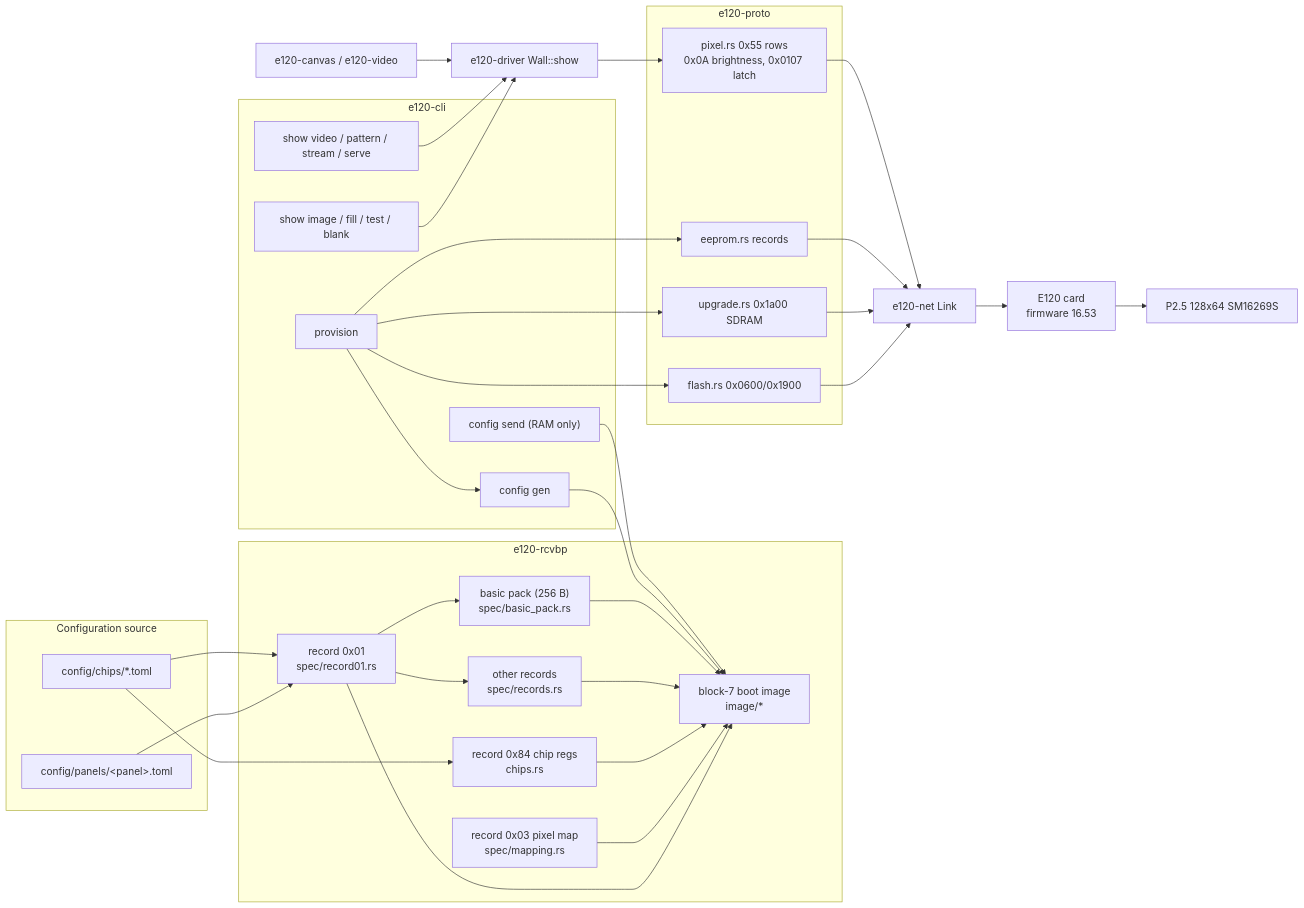
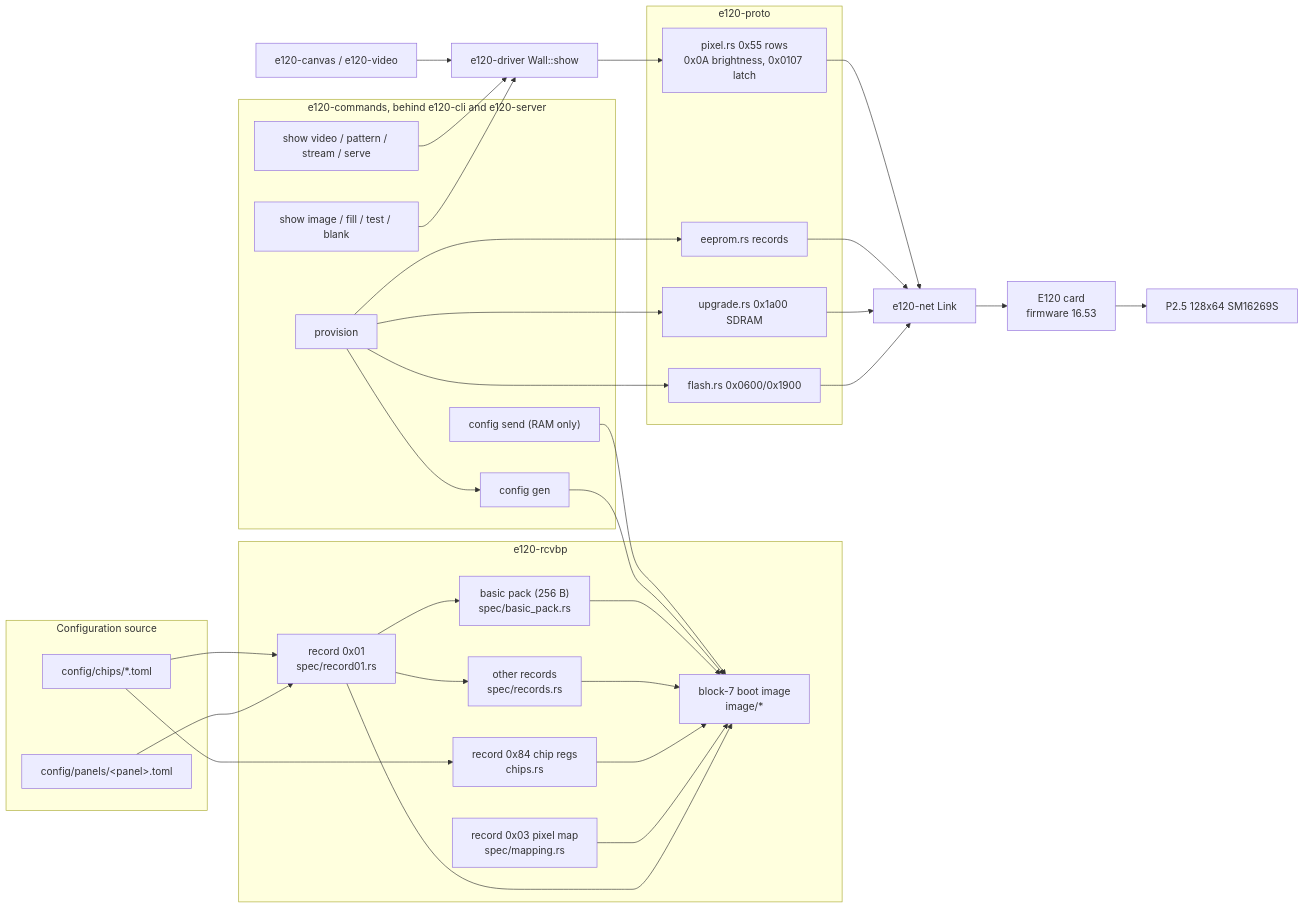
Before and after one commit to AlecDusheck/receiverproxy: the diagram in docs/architecture.md, drawn with Mermaid. The commit also changed other lines of this file and 38 other files, not shown here.

````diff
--- a/docs/architecture.md
+++ b/docs/architecture.md
@@ -21,49 +21,49 @@
 ```mermaid
 flowchart LR
   subgraph spec [Configuration source]
     TOML["config/panels/&lt;panel&gt;.toml"]
     CHIP["config/chips/*.toml"]
   end
   subgraph rcvbp [e120-rcvbp]
     R01["record 0x01<br/>spec/record01.rs"]
     MAP["record 0x03 pixel map<br/>spec/mapping.rs"]
     R84["record 0x84 chip regs<br/>chips.rs"]
     REC["other records<br/>spec/records.rs"]
     PACK["basic pack (256 B)<br/>spec/basic_pack.rs"]
     IMG["block-7 boot image<br/>image/*"]
   end
-  subgraph cli [e120-cli]
+  subgraph cli [e120-commands, behind e120-cli and e120-server]
     GEN["config gen"]
     PROV["provision"]
     SP["config send (RAM only)"]
     IMAGE["show image / fill / test / blank"]
     PLAY["show video / pattern / stream / serve"]
   end
   subgraph proto [e120-proto]
     FL["flash.rs 0x0600/0x1900"]
     UP["upgrade.rs 0x1a00 SDRAM"]
     EE["eeprom.rs records"]
     PX["pixel.rs 0x55 rows<br/>0x0A brightness, 0x0107 latch"]
   end
   DRV["e120-driver Wall::show"]
   CANVAS["e120-canvas / e120-video"]
   NET["e120-net Link"]
   CARD["E120 card<br/>firmware 16.53"]
   PANEL["P2.5 128x64 SM16269S"]
 
   TOML --> R01
   CHIP --> R01
   CHIP --> R84
   R01 --> PACK
   R01 --> REC
   R01 & MAP & R84 & REC --> IMG
   PACK --> IMG
   GEN --> IMG
   PROV --> GEN
   PROV --> UP & FL & EE
   SP --> IMG
   IMAGE --> DRV
   CANVAS --> DRV --> PX
   PLAY --> DRV
   FL & UP & EE & PX --> NET --> CARD --> PANEL
 ```
````
